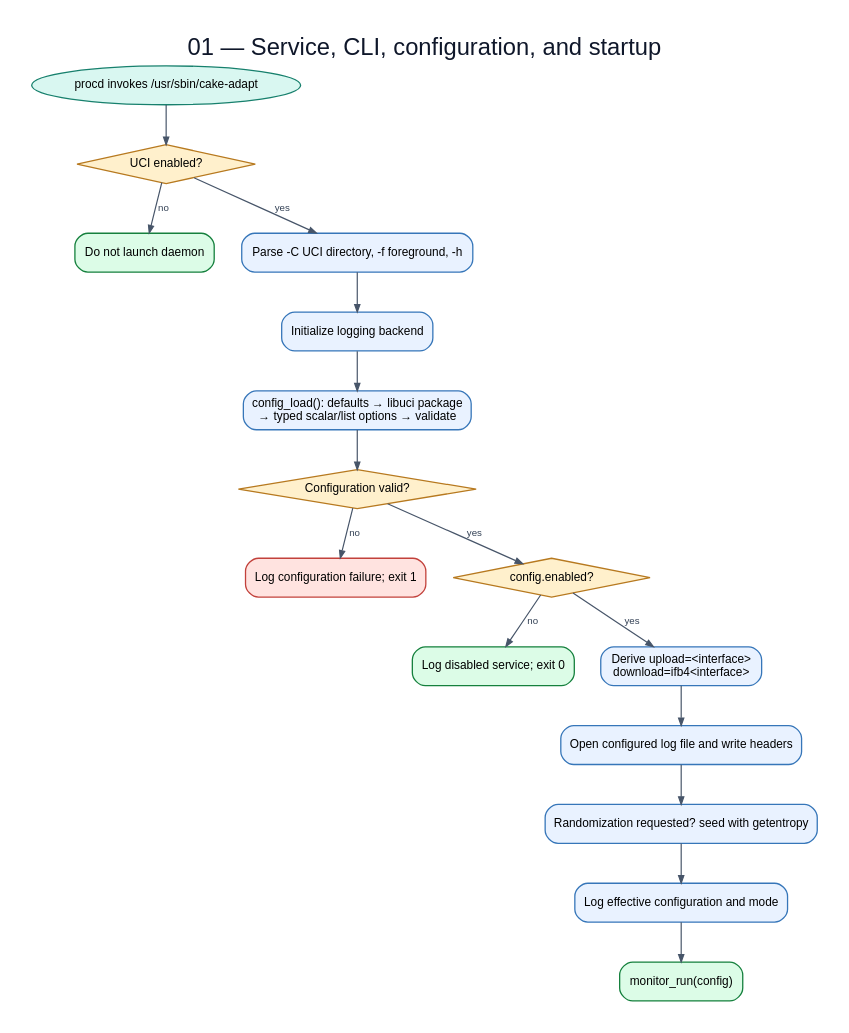
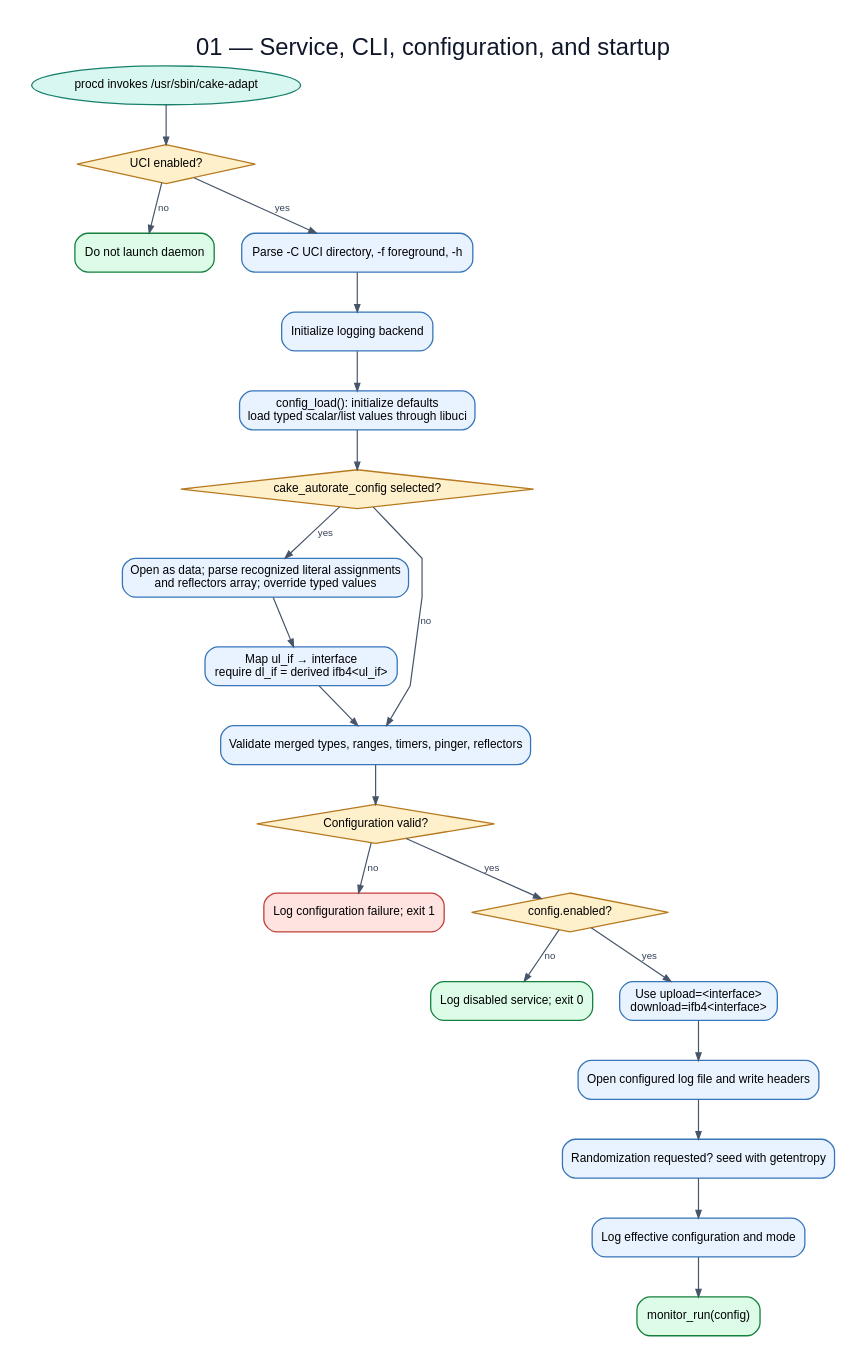
The diagram in flowchart/diagrams/01-startup-config.dot (huydoan94/cake-adapt), drawn with Graphviz before and after one commit. The commit also changed 19 other files, not shown here.

Commit message:
Allow loading external config in cake-autorate style

```diff
--- a/flowchart/diagrams/01-startup-config.dot
+++ b/flowchart/diagrams/01-startup-config.dot
@@ -1,34 +1,43 @@
 digraph G {
   graph [rankdir=TB,bgcolor="white",pad="0.30",nodesep="0.35",ranksep="0.48",splines=polyline,fontname="Arial",label="01 — Service, CLI, configuration, and startup",labelloc=t,fontsize=22,fontcolor="#0f172a"];
   node [fontname="Arial",fontsize=11,margin="0.14,0.09",penwidth=1.2];
   edge [fontname="Arial",fontsize=9,color="#475569",fontcolor="#334155",arrowsize=0.7,penwidth=1.1];
   start [label="procd invokes /usr/sbin/cake-adapt",shape=oval,style="filled",fillcolor="#d9f7f1",color="#17806d"];
   initcheck [label="UCI enabled?",shape=diamond,style="filled",fillcolor="#fff0cc",color="#b7791f"];
   skip [label="Do not launch daemon",shape=box,style="rounded,filled,bold",fillcolor="#dcfce7",color="#15803d"];
   args [label="Parse -C UCI directory, -f foreground, -h",shape=box,style="rounded,filled",fillcolor="#e9f2ff",color="#3676b9"];
   loginit [label="Initialize logging backend",shape=box,style="rounded,filled",fillcolor="#e9f2ff",color="#3676b9"];
-  load [label="config_load(): defaults → libuci package\n→ typed scalar/list options → validate",shape=box,style="rounded,filled",fillcolor="#e9f2ff",color="#3676b9"];
+  load [label="config_load(): initialize defaults\nload typed scalar/list values through libuci",shape=box,style="rounded,filled",fillcolor="#e9f2ff",color="#3676b9"];
+  selected [label="cake_autorate_config selected?",shape=diamond,style="filled",fillcolor="#fff0cc",color="#b7791f"];
+  import [label="Open as data; parse recognized literal assignments\nand reflectors array; override typed values",shape=box,style="rounded,filled",fillcolor="#e9f2ff",color="#3676b9"];
+  interface [label="Map ul_if → interface\nrequire dl_if = derived ifb4<ul_if>",shape=box,style="rounded,filled",fillcolor="#e9f2ff",color="#3676b9"];
+  validate [label="Validate merged types, ranges, timers, pinger, reflectors",shape=box,style="rounded,filled",fillcolor="#e9f2ff",color="#3676b9"];
   ok [label="Configuration valid?",shape=diamond,style="filled",fillcolor="#fff0cc",color="#b7791f"];
   fatal [label="Log configuration failure; exit 1",shape=box,style="rounded,filled",fillcolor="#ffe3e0",color="#c2413b"];
   enabled [label="config.enabled?",shape=diamond,style="filled",fillcolor="#fff0cc",color="#b7791f"];
   disabled [label="Log disabled service; exit 0",shape=box,style="rounded,filled,bold",fillcolor="#dcfce7",color="#15803d"];
-  derive [label="Derive upload=<interface>\ndownload=ifb4<interface>",shape=box,style="rounded,filled",fillcolor="#e9f2ff",color="#3676b9"];
+  derive [label="Use upload=<interface>\ndownload=ifb4<interface>",shape=box,style="rounded,filled",fillcolor="#e9f2ff",color="#3676b9"];
   file [label="Open configured log file and write headers",shape=box,style="rounded,filled",fillcolor="#e9f2ff",color="#3676b9"];
   rng [label="Randomization requested? seed with getentropy",shape=box,style="rounded,filled",fillcolor="#e9f2ff",color="#3676b9"];
   announce [label="Log effective configuration and mode",shape=box,style="rounded,filled",fillcolor="#e9f2ff",color="#3676b9"];
   run [label="monitor_run(config)",shape=box,style="rounded,filled,bold",fillcolor="#dcfce7",color="#15803d"];
   start -> initcheck;
   initcheck -> skip [label="no"];
   initcheck -> args [label="yes"];
   args -> loginit;
   loginit -> load;
-  load -> ok;
+  load -> selected;
+  selected -> import [label="yes"];
+  selected -> validate [label="no"];
+  import -> interface;
+  interface -> validate;
+  validate -> ok;
   ok -> fatal [label="no"];
   ok -> enabled [label="yes"];
   enabled -> disabled [label="no"];
   enabled -> derive [label="yes"];
   derive -> file;
   file -> rng;
   rng -> announce;
   announce -> run;
 }
```
